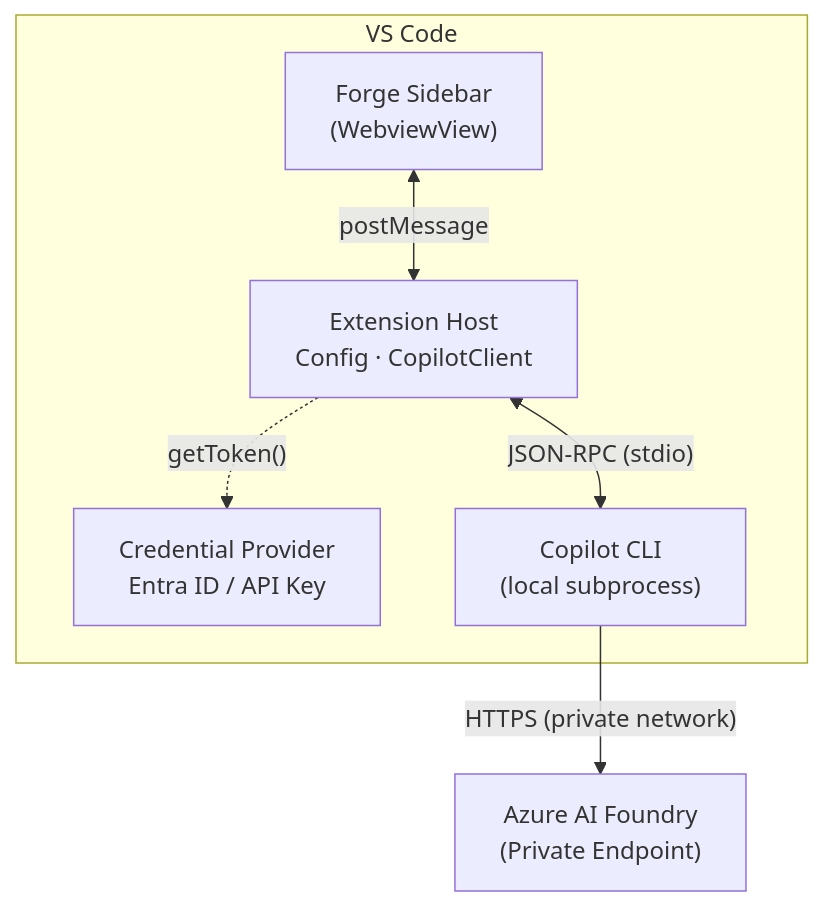
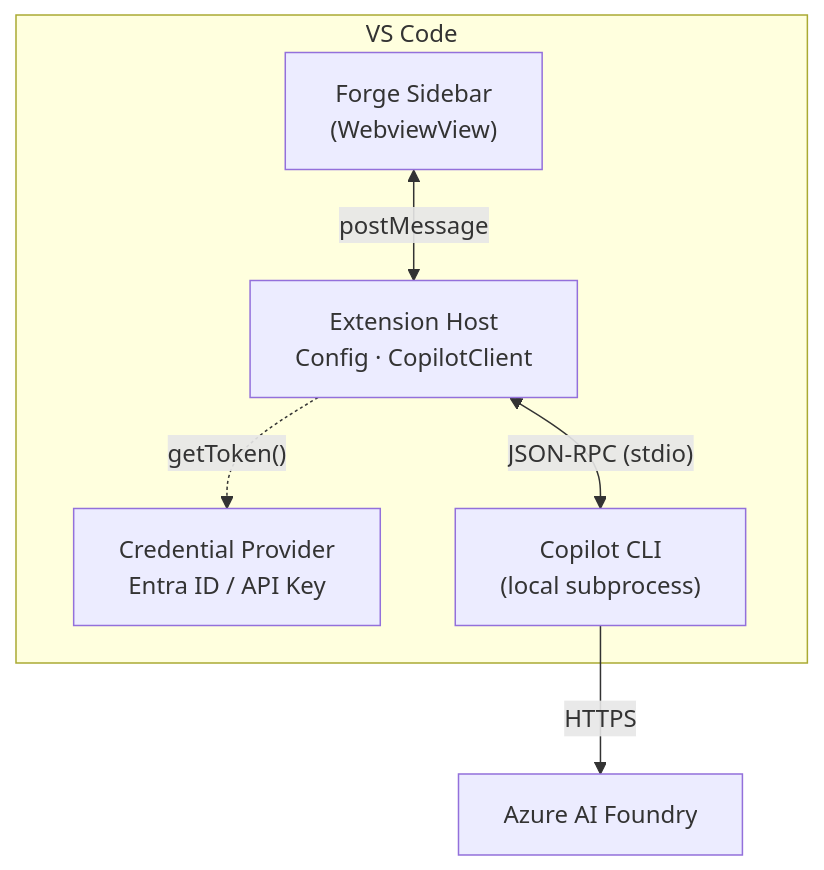
The diagram in README.md (robpitcher/forge), drawn with Mermaid before and after one commit.

Commit message:
docs: restructure README and simplify architecture diagram
Move Features section before Prerequisites so new visitors
immediately see Entra ID auth capability. Remove private
endpoint references from architecture diagram — a separate
enterprise architecture doc covers private networking.

````diff
--- a/README.md
+++ b/README.md
@@ -75,16 +75,16 @@
 ```mermaid
 graph TD
     subgraph vscode["VS Code"]
         sidebar["Forge Sidebar<br/>(WebviewView)"]
         exthost["Extension Host<br/>Config · CopilotClient"]
         creds["Credential Provider<br/>Entra ID / API Key"]
         cli["Copilot CLI<br/>(local subprocess)"]
     end
 
-    azure["Azure AI Foundry<br/>(Private Endpoint)"]
+    azure["Azure AI Foundry"]
 
     sidebar <-->|"postMessage"| exthost
     exthost -.->|"getToken()"| creds
     exthost <-->|"JSON-RPC (stdio)"| cli
-    cli -->|"HTTPS (private network)"| azure
+    cli -->|"HTTPS"| azure
 ```
````
